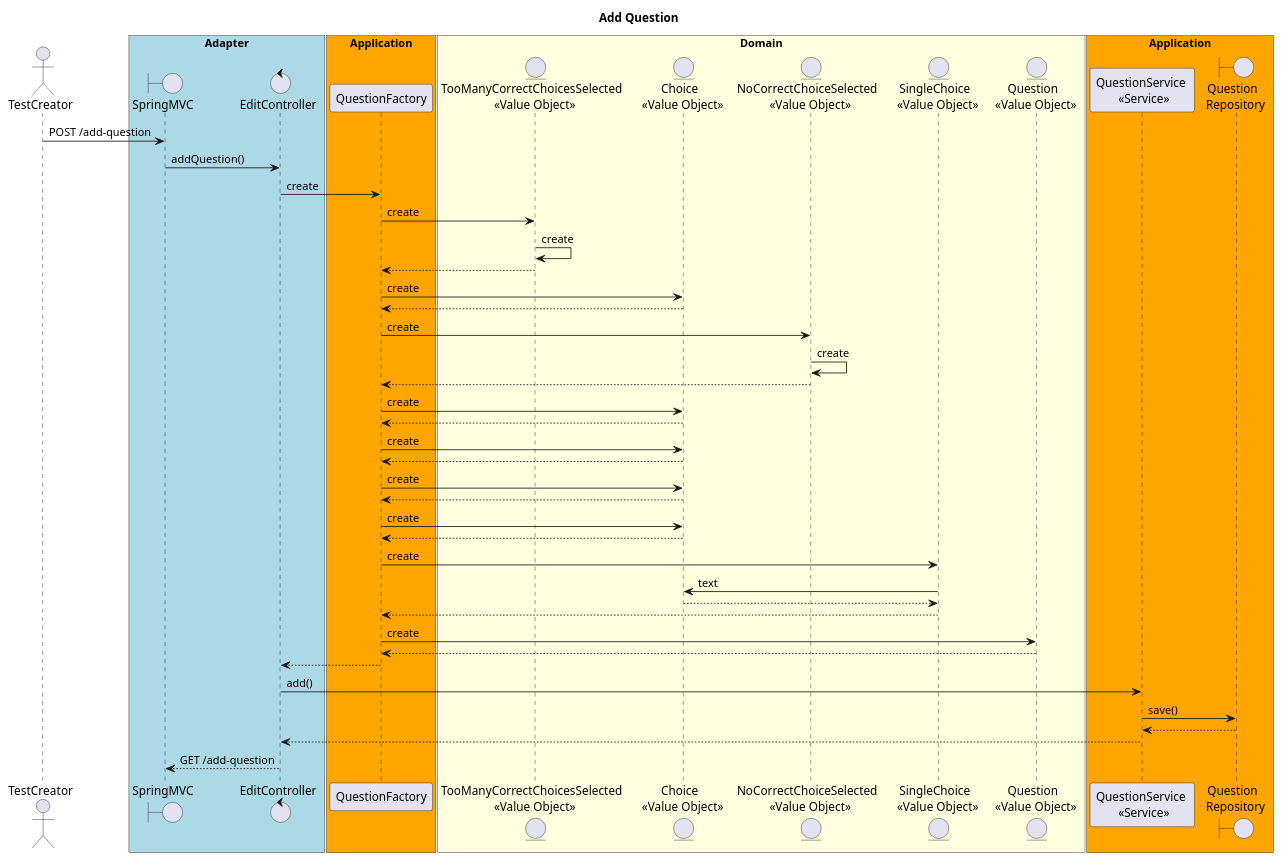
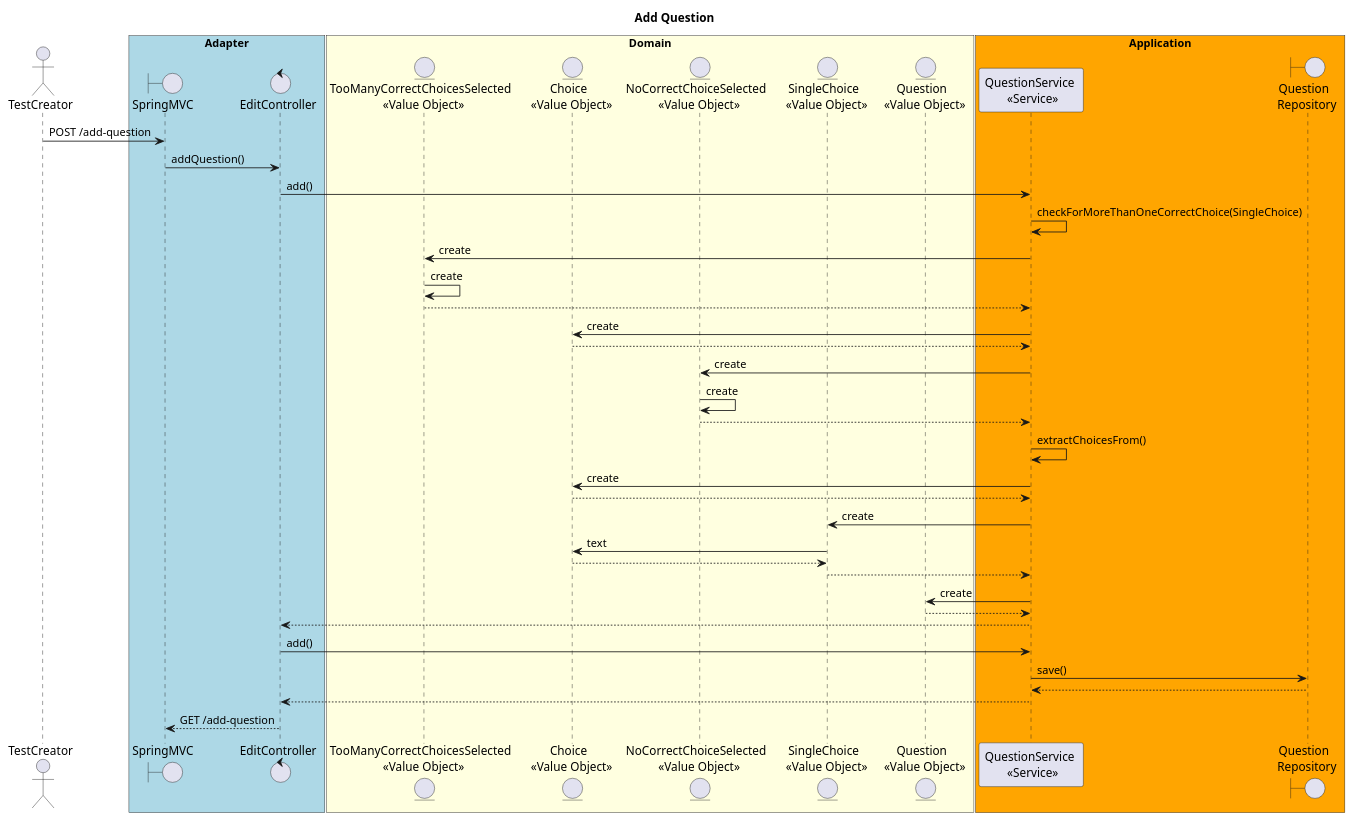
The diagram in src/main/resources/diagrams/addQuestion-sequenceDiagram.puml (TomSpencerLondon/Quiz), drawn with PlantUML before and after one commit. The commit also changed 1 other file, not shown here.

Commit message:
Edit add question sequence diagram

```diff
--- a/src/main/resources/diagrams/addQuestion-sequenceDiagram.puml
+++ b/src/main/resources/diagrams/addQuestion-sequenceDiagram.puml
@@ -1,55 +1,48 @@
 @startuml
 title Add Question
 
 actor       TestCreator as creator
 box "Adapter" #lightblue
 boundary    SpringMVC   as mvc
 control     EditController  as ctrl
-end box
-box "Application" #orange
-participant QuestionFactory as factory
 end box
 box "Domain" #lightyellow
 entity "TooManyCorrectChoicesSelected \n <<Value Object>>" as tooMany
 entity "Choice \n <<Value Object>>" as choice
 entity "NoCorrectChoiceSelected \n <<Value Object>>" as noCorrect
 entity "SingleChoice \n <<Value Object>>" as singleChoice
 entity "Question \n <<Value Object>>" as question
 end box
 box "Application" #orange
 participant "QuestionService \n <<Service>>" as service
 boundary "Question \n Repository" as repo
 end box
 
 creator -> mvc : POST /add-question
 mvc -> ctrl : addQuestion()
-ctrl -> factory : create
-factory -> tooMany : create
+ctrl -> service : add()
+service -> service : checkForMoreThanOneCorrectChoice(SingleChoice)
+service -> tooMany : create
 tooMany -> tooMany : create
-factory <-- tooMany
-factory -> choice : create
-choice --> factory
-factory -> noCorrect : create
+service <-- tooMany
+service -> choice : create
+service <-- choice
+service -> noCorrect : create
 noCorrect -> noCorrect : create
-factory <-- noCorrect
-factory -> choice : create
-choice --> factory
-factory -> choice : create
-choice --> factory
-factory -> choice : create
-choice --> factory
-factory -> choice : create
-choice --> factory
-factory -> singleChoice : create
+service <-- noCorrect
+service -> service : extractChoicesFrom()
+service -> choice : create
+service <-- choice
+service -> singleChoice : create
 singleChoice -> choice : text
 singleChoice <-- choice
-factory <-- singleChoice
-factory -> question : create
-factory <-- question
-ctrl <-- factory
+service <-- singleChoice
+service -> question : create
+service <-- question
+ctrl <-- service
 ctrl -> service : add()
 service -> repo : save()
 service <-- repo
 ctrl <-- service
 mvc <-- ctrl : GET /add-question
 @enduml
```
